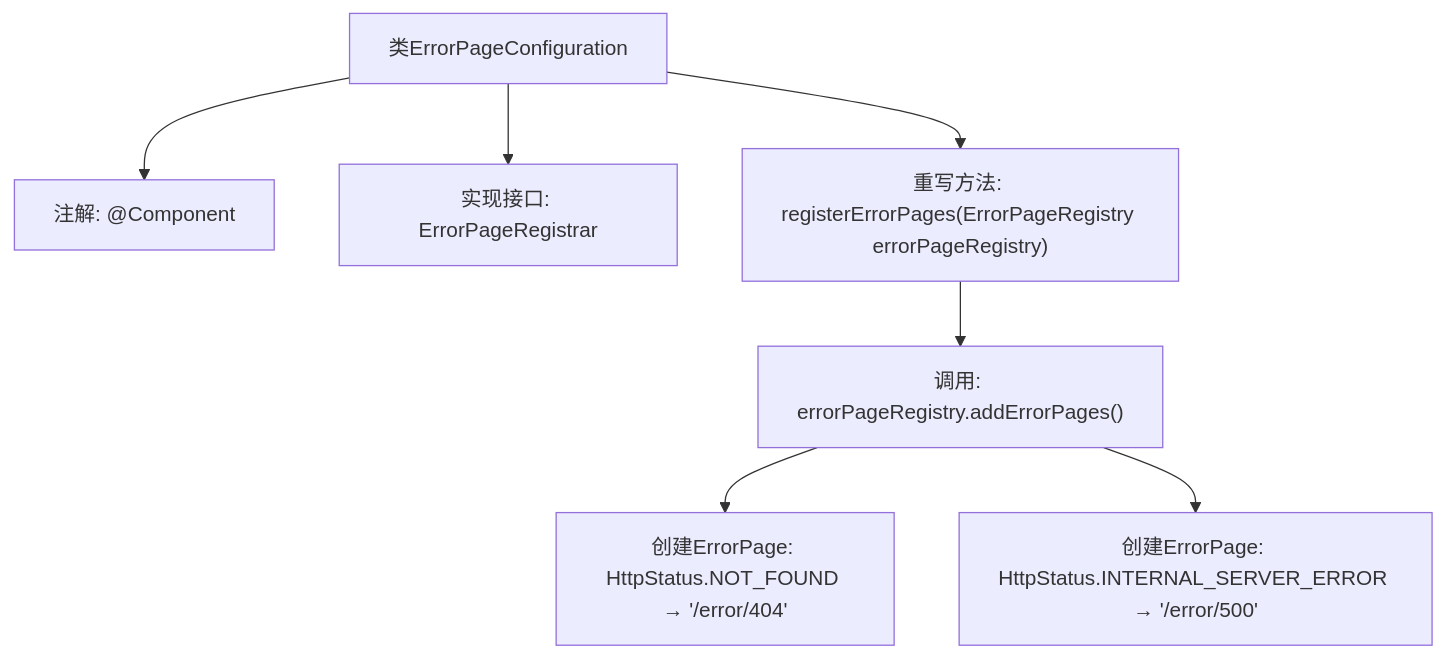
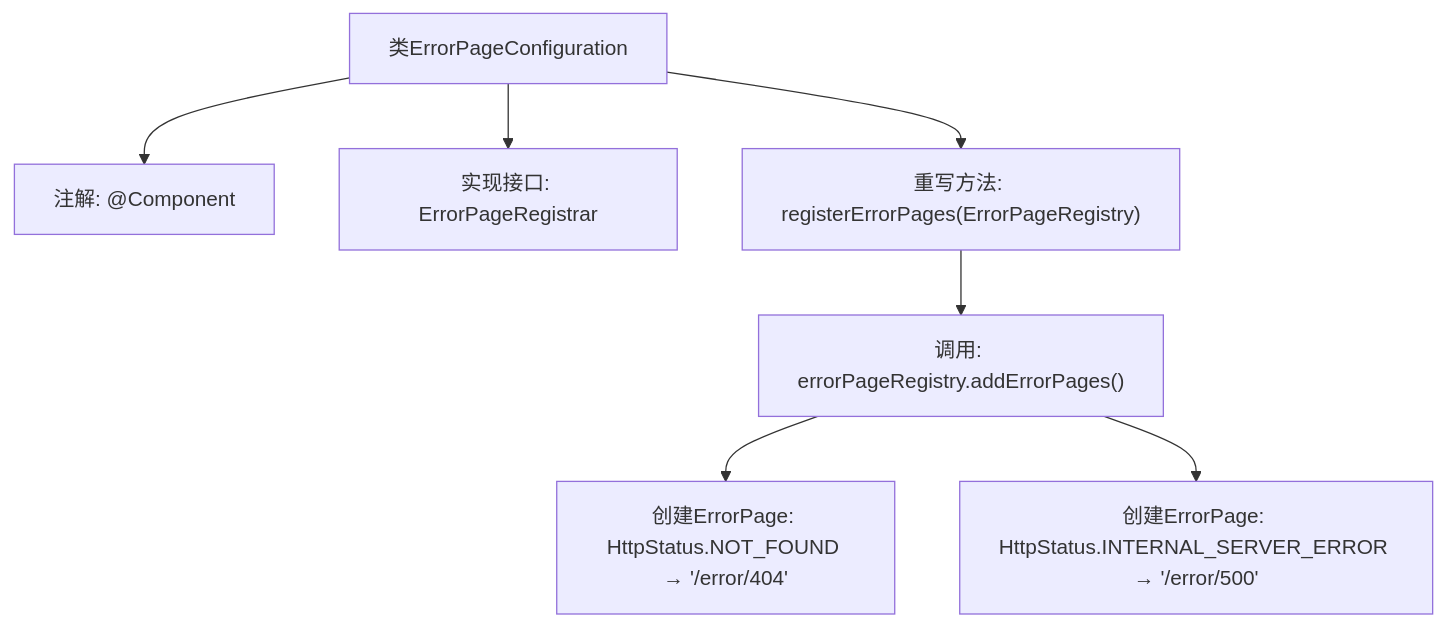
One commit to v-wjrong/rongwj666_weixin-java-miniapp-demo changed the second of 2 diagrams in docs/zh/docs/src/main/java/com/github/binarywang/demo/wx/miniapp/error/ErrorPageConfiguration.md. Above: the diagram before and after it, drawn with Mermaid. The commit also changed other lines of this file and 49 other files, not shown here.

````diff
--- a/docs/zh/docs/src/main/java/com/github/binarywang/demo/wx/miniapp/error/ErrorPageConfiguration.md
+++ b/docs/zh/docs/src/main/java/com/github/binarywang/demo/wx/miniapp/error/ErrorPageConfiguration.md
@@ -70,17 +64,17 @@
 ```mermaid
 graph TD
     A["类ErrorPageConfiguration"]
     B["注解: @Component"]
     C["实现接口: ErrorPageRegistrar"]
-    D["重写方法: registerErrorPages(ErrorPageRegistry errorPageRegistry)"]
+    D["重写方法: registerErrorPages(ErrorPageRegistry)"]
     E["调用: errorPageRegistry.addErrorPages()"]
     F["创建ErrorPage: HttpStatus.NOT_FOUND → '/error/404'"]
     G["创建ErrorPage: HttpStatus.INTERNAL_SERVER_ERROR → '/error/500'"]
 
     A --> B
     A --> C
     A --> D
     D --> E
     E --> F
     E --> G
 ```
````
